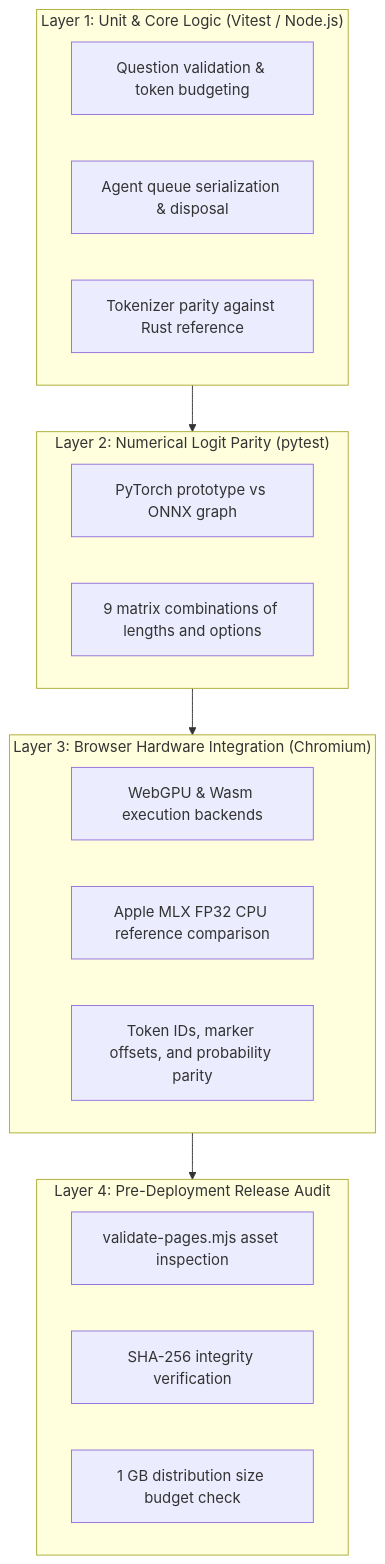
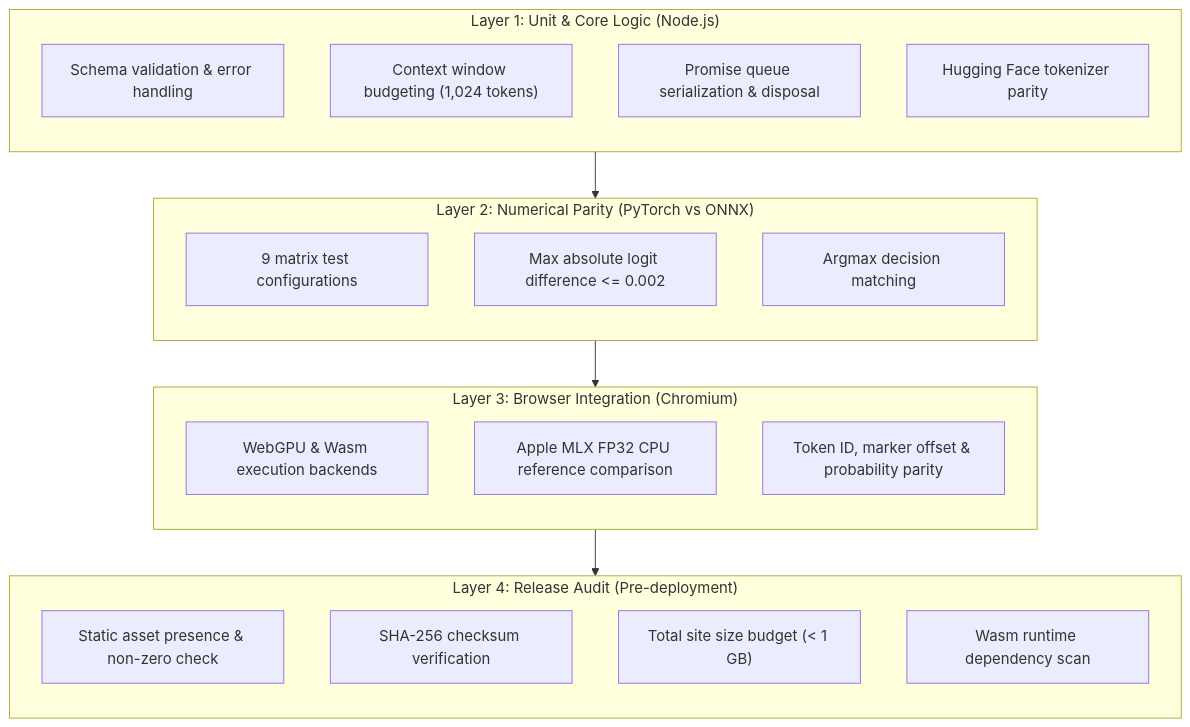
Before and after one commit to r4ai/laya-web: the diagram in docs/validation.md, drawn with Mermaid. The commit also changed other lines of this file and 3 other files, not shown here.

Commit message:
docs: overhaul documentation with concise technical English and verified diagrams

````diff
--- a/docs/validation.md
+++ b/docs/validation.md
@@ -11,27 +9,34 @@
 ```mermaid
 flowchart TD
-    subgraph Layer1 ["Layer 1: Unit & Core Logic (Vitest / Node.js)"]
-        L1A["Question validation & token budgeting"]
-        L1B["Agent queue serialization & disposal"]
-        L1C["Tokenizer parity against Rust reference"]
+    subgraph L1 ["Layer 1: Unit & Core Logic (Node.js)"]
+        direction TB
+        L1A["Schema validation & error handling"]
+        L1B["Context window budgeting (1,024 tokens)"]
+        L1C["Promise queue serialization & disposal"]
+        L1D["Hugging Face tokenizer parity"]
     end
 
-    subgraph Layer2 ["Layer 2: Numerical Logit Parity (pytest)"]
-        L2A["PyTorch prototype vs ONNX graph"]
-        L2B["9 matrix combinations of lengths and options"]
+    subgraph L2 ["Layer 2: Numerical Parity (PyTorch vs ONNX)"]
+        direction TB
+        L2A["9 matrix test configurations"]
+        L2B["Max absolute logit difference <= 0.002"]
+        L2C["Argmax decision matching"]
     end
 
-    subgraph Layer3 ["Layer 3: Browser Hardware Integration (Chromium)"]
+    subgraph L3 ["Layer 3: Browser Integration (Chromium)"]
+        direction TB
         L3A["WebGPU & Wasm execution backends"]
         L3B["Apple MLX FP32 CPU reference comparison"]
-        L3C["Token IDs, marker offsets, and probability parity"]
+        L3C["Token ID, marker offset & probability parity"]
     end
 
-    subgraph Layer4 ["Layer 4: Pre-Deployment Release Audit"]
-        L4A["validate-pages.mjs asset inspection"]
-        L4B["SHA-256 integrity verification"]
-        L4C["1 GB distribution size budget check"]
+    subgraph L4 ["Layer 4: Release Audit (Pre-deployment)"]
+        direction TB
+        L4A["Static asset presence & non-zero check"]
+        L4B["SHA-256 checksum verification"]
+        L4C["Total site size budget (< 1 GB)"]
+        L4D["Wasm runtime dependency scan"]
     end
 
-    Layer1 --> Layer2 --> Layer3 --> Layer4
+    L1 --> L2 --> L3 --> L4
 ```
````
